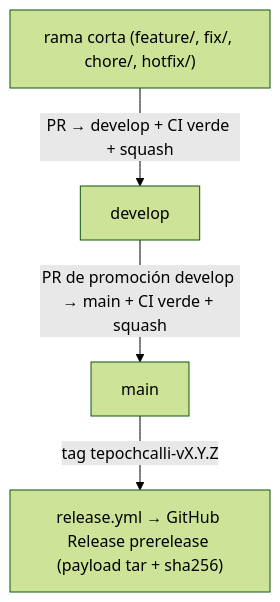
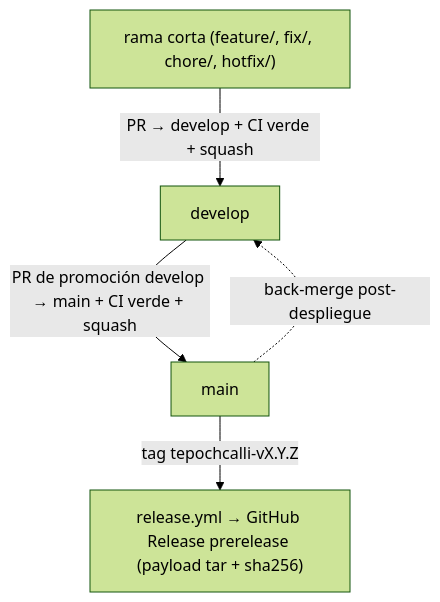
The diagram in CONTRIBUTING.md (Fisherk2/tepochcalli-opencode), drawn with Mermaid (forest theme) before and after one commit. The commit also changed other lines of this file and 55 other files, not shown here.

````diff
--- a/CONTRIBUTING.md
+++ b/CONTRIBUTING.md
@@ -38,6 +38,7 @@
 ```mermaid
 graph TD
     W["rama corta (feature/, fix/, chore/, hotfix/)"] -->|"PR → develop + CI verde + squash"| D["develop"]
     D -->|"PR de promoción develop → main + CI verde + squash"| M["main"]
+    M -.->|"back-merge post-despliegue"| D
     M -->|"tag tepochcalli-vX.Y.Z"| R["release.yml → GitHub Release prerelease (payload tar + sha256)"]
 ```
````
